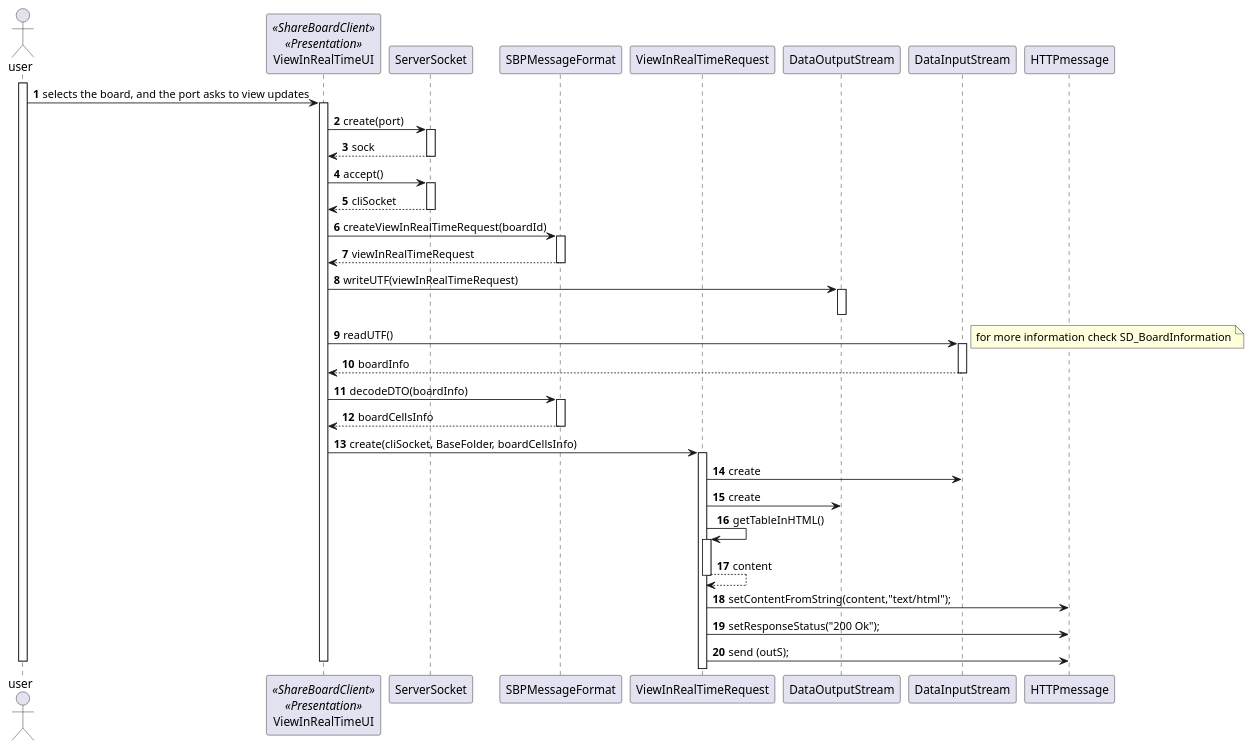
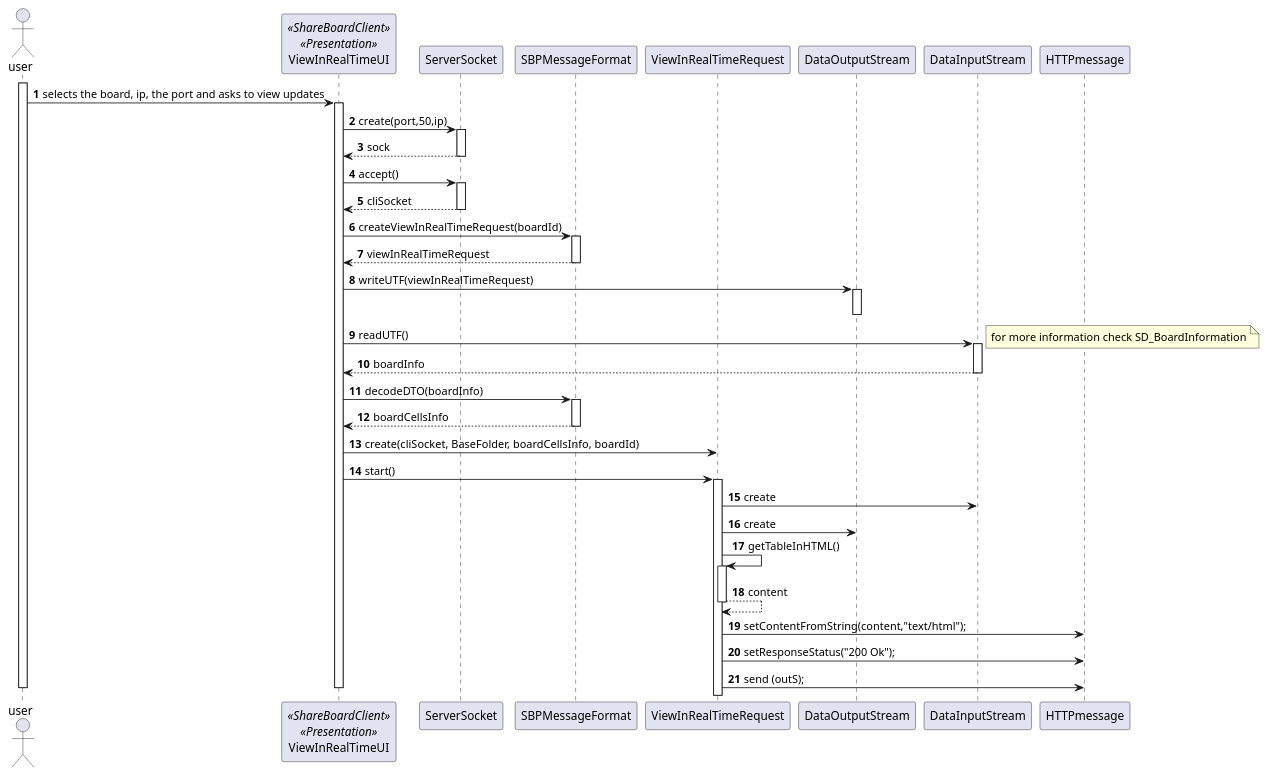
The diagram in docs/Sprint_C/us_3005/SD_RealTimeBoard.puml (Marco-Nobrega-Andrade/sem4pi_22_23), drawn with PlantUML before and after one commit. The commit also changed 4 other files, not shown here.

```diff
--- a/docs/Sprint_C/us_3005/SD_RealTimeBoard.puml
+++ b/docs/Sprint_C/us_3005/SD_RealTimeBoard.puml
@@ -1,65 +1,66 @@
 @startuml
 'https://plantuml.com/sequence-diagram
 
 autonumber
 
 actor user
 
 participant "ViewInRealTimeUI" as ui <<ShareBoardClient>> <<Presentation>>
 participant "ServerSocket" as ss
 participant "SBPMessageFormat" as sbpf
 participant "ViewInRealTimeRequest" as request
 participant "DataOutputStream" as dos
 participant "DataInputStream" as dis
 participant "HTTPmessage" as message
 
 activate user
 
-user -> ui: selects the board, and the port asks to view updates
+user -> ui: selects the board, ip, the port and asks to view updates
 activate ui
 
 
-ui -> ss: create(port)
+ui -> ss: create(port,50,ip)
 activate ss
 return sock
 ui -> ss: accept()
 activate ss
 return cliSocket
 
 
 ui -> sbpf: createViewInRealTimeRequest(boardId)
 activate sbpf
 sbpf --> ui: viewInRealTimeRequest
 deactivate sbpf
 ui -> dos: writeUTF(viewInRealTimeRequest)
 activate dos
 deactivate dos
 ui -> dis : readUTF()
 activate dis
 note right : for more information check SD_BoardInformation
 dis --> ui: boardInfo
 deactivate dis
 
 ui -> sbpf: decodeDTO(boardInfo)
 activate sbpf
 return boardCellsInfo
 
-ui -> request : create(cliSocket, BaseFolder, boardCellsInfo)
+ui -> request : create(cliSocket, BaseFolder, boardCellsInfo, boardId)
+ui -> request : start()
 activate request
 request -> dis: create
 request -> dos: create
 
 request -> request: getTableInHTML()
 activate request
 return content
 
 request -> message: setContentFromString(content,"text/html");
 request -> message: setResponseStatus("200 Ok");
 request -> message: send (outS);
 
 
 
 deactivate ui
 
 deactivate user
 @enduml
```
